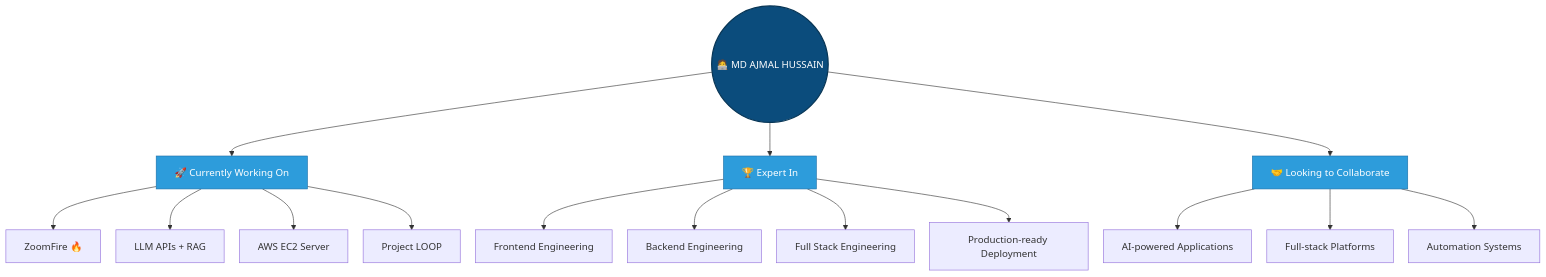
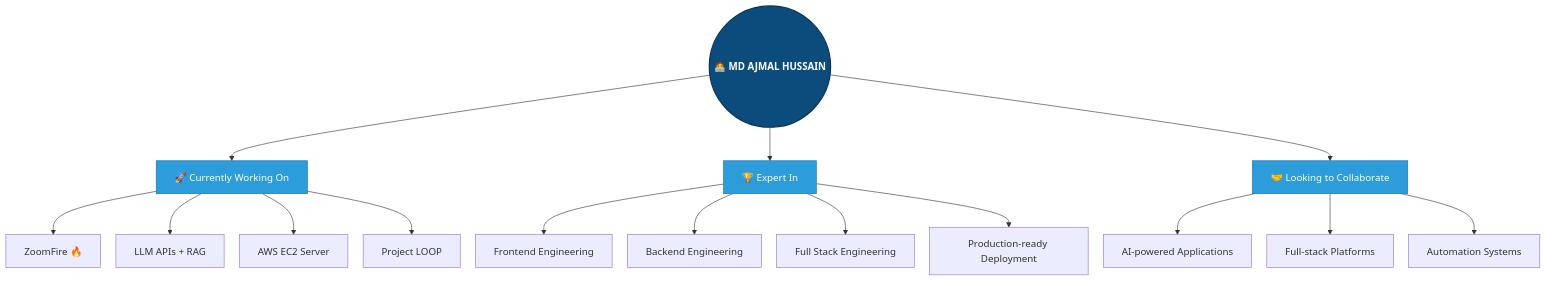
Before and after one commit to AjmalGit25/AjmalGit25: the diagram in README.md, drawn with Mermaid.

Commit message:
Update style for ME in README.md

````diff
--- a/README.md
+++ b/README.md
@@ -124,27 +124,27 @@
 ```mermaid
 %%{init: {"flowchart": {"nodeSpacing": 25, "rankSpacing": 55}}}%%
 flowchart TD
     ME(("🧑‍💻 MD AJMAL HUSSAIN"))
 
     ME --> CW["🚀 Currently Working On"]
     CW --> CW1["ZoomFire 🔥"]
     CW --> CW2["LLM APIs + RAG"]
     CW --> CW3["AWS EC2 Server"]
     CW --> CW4["Project LOOP"]
 
     ME --> EX["🏆 Expert In"]
     EX --> EX1["Frontend Engineering"]
     EX --> EX2["Backend Engineering"]
     EX --> EX3["Full Stack Engineering"]
     EX --> EX4["Production-ready Deployment"]
 
     ME --> COL["🤝 Looking to Collaborate"]
     COL --> COL1["AI-powered Applications"]
     COL --> COL2["Full-stack Platforms"]
     COL --> COL3["Automation Systems"]
 
-    style ME fill:#0B4C7C,stroke:#083656,stroke-width:2px,color:#fff
+    style ME fill:#0B4C7C,stroke:#083656,stroke-width:2px,color:#fff,font-weight:bold,padding:2px
     style CW fill:#2D9CDB,stroke:#1B6FA8,color:#fff
     style EX fill:#2D9CDB,stroke:#1B6FA8,color:#fff
     style COL fill:#2D9CDB,stroke:#1B6FA8,color:#fff
 ```
````
